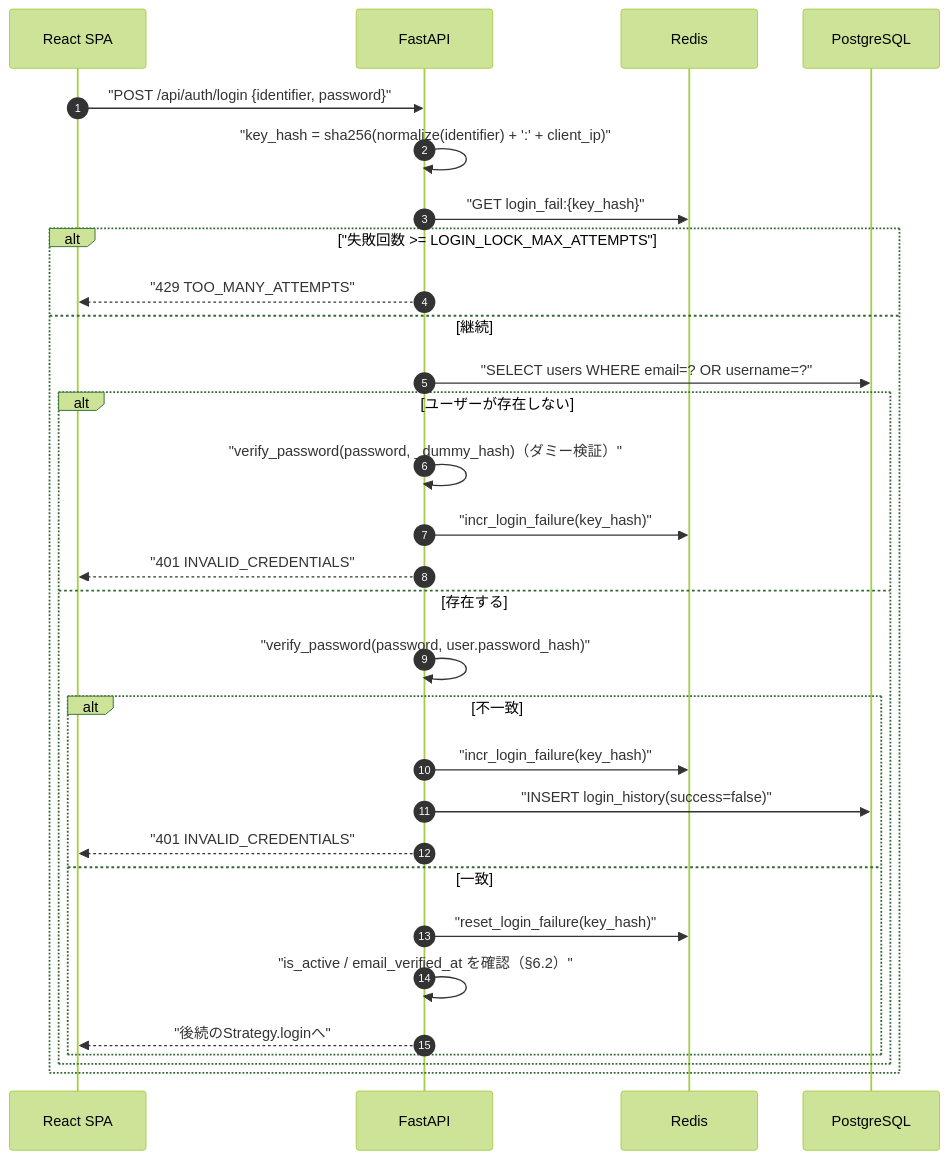
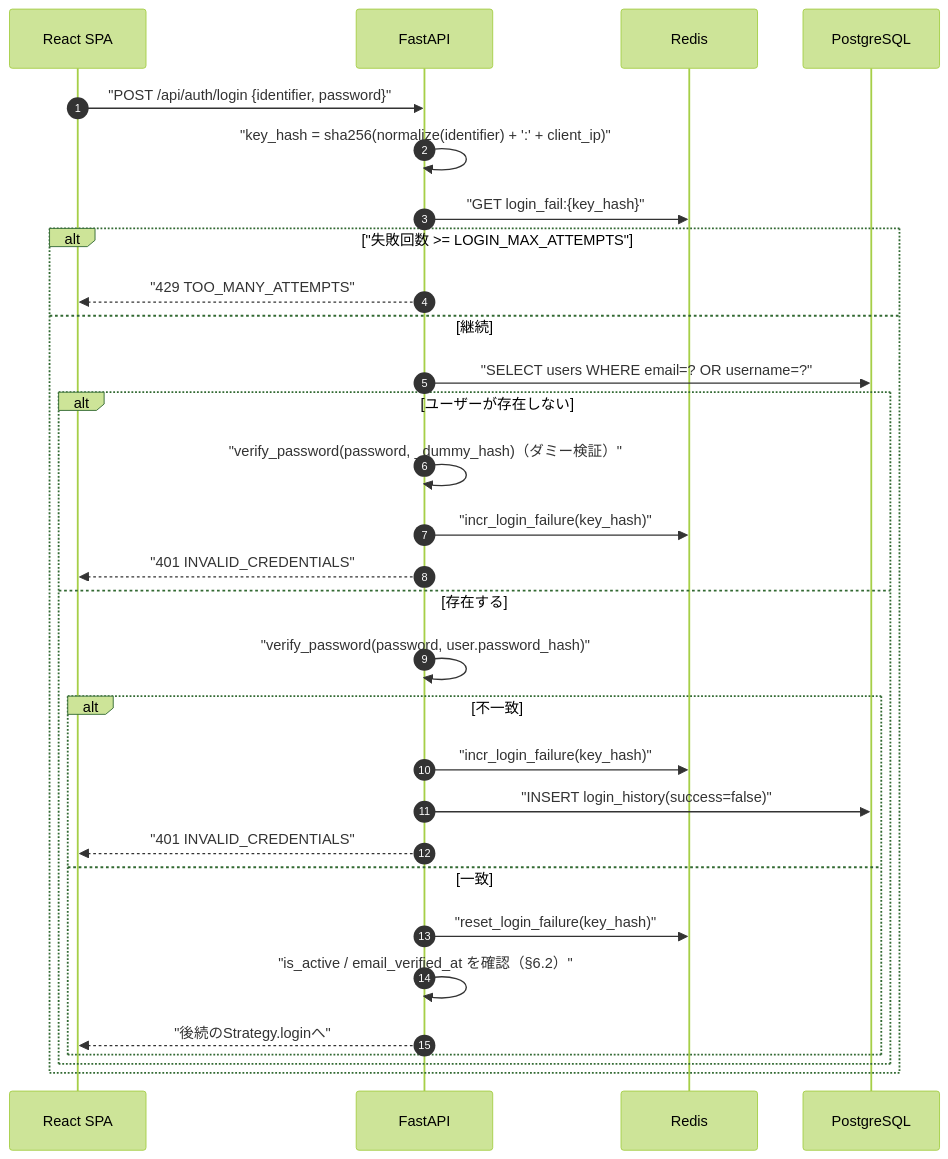
The first of 5 diagrams in detailed_design/auth/07_password_security.md (oikawa-d/task_management), drawn with Mermaid (forest theme) before and after one commit. The commit also changed other lines of this file and 5 other files, not shown here.

````diff
--- a/detailed_design/auth/07_password_security.md
+++ b/detailed_design/auth/07_password_security.md
@@ -62,33 +62,33 @@
 ```mermaid
 sequenceDiagram
     autonumber
     participant FE as React SPA
     participant API as FastAPI
     participant RD as Redis
     participant PG as PostgreSQL
 
     FE->>API: "POST /api/auth/login {identifier, password}"
     API->>API: "key_hash = sha256(normalize(identifier) + ':' + client_ip)"
     API->>RD: "GET login_fail:{key_hash}"
-    alt "失敗回数 >= LOGIN_LOCK_MAX_ATTEMPTS"
+    alt "失敗回数 >= LOGIN_MAX_ATTEMPTS"
         API-->>FE: "429 TOO_MANY_ATTEMPTS"
     else 継続
         API->>PG: "SELECT users WHERE email=? OR username=?"
         alt ユーザーが存在しない
             API->>API: "verify_password(password, _dummy_hash)（ダミー検証）"
             API->>RD: "incr_login_failure(key_hash)"
             API-->>FE: "401 INVALID_CREDENTIALS"
         else 存在する
             API->>API: "verify_password(password, user.password_hash)"
             alt 不一致
                 API->>RD: "incr_login_failure(key_hash)"
                 API->>PG: "INSERT login_history(success=false)"
                 API-->>FE: "401 INVALID_CREDENTIALS"
             else 一致
                 API->>RD: "reset_login_failure(key_hash)"
                 API->>API: "is_active / email_verified_at を確認（§6.2）"
                 API-->>FE: "後続のStrategy.loginへ"
             end
         end
     end
 ```
````
